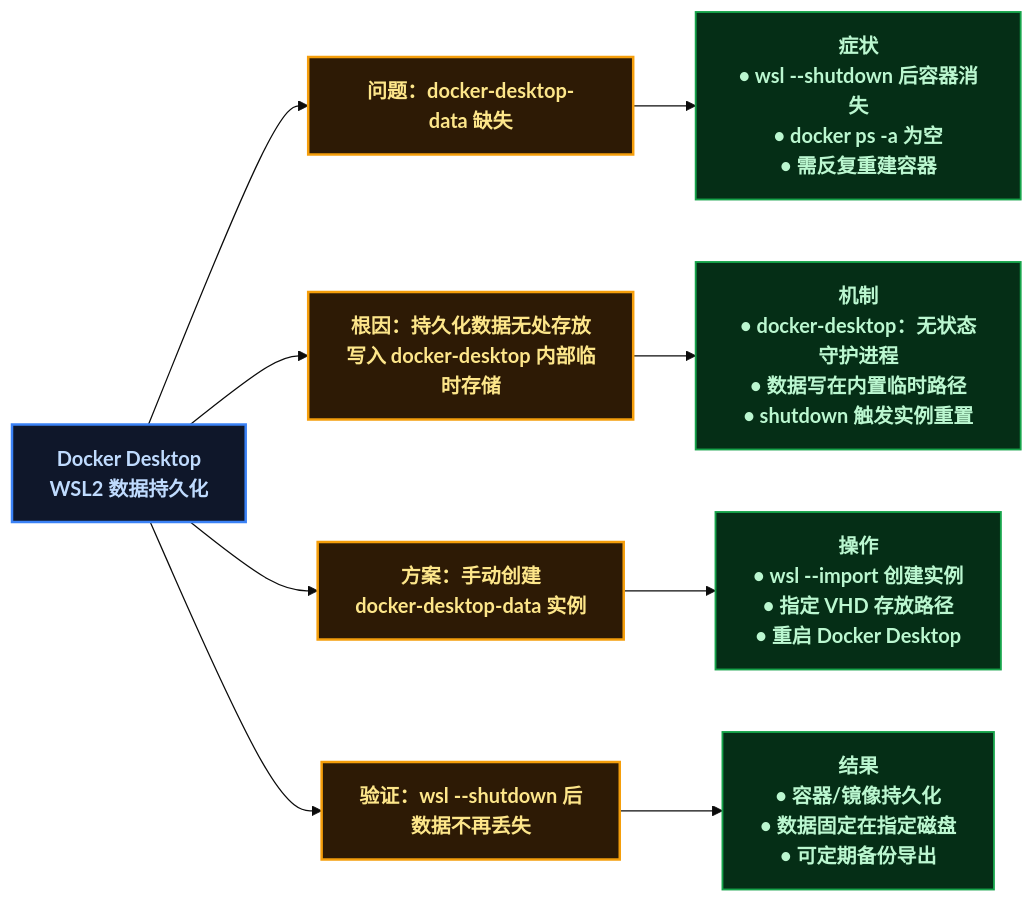
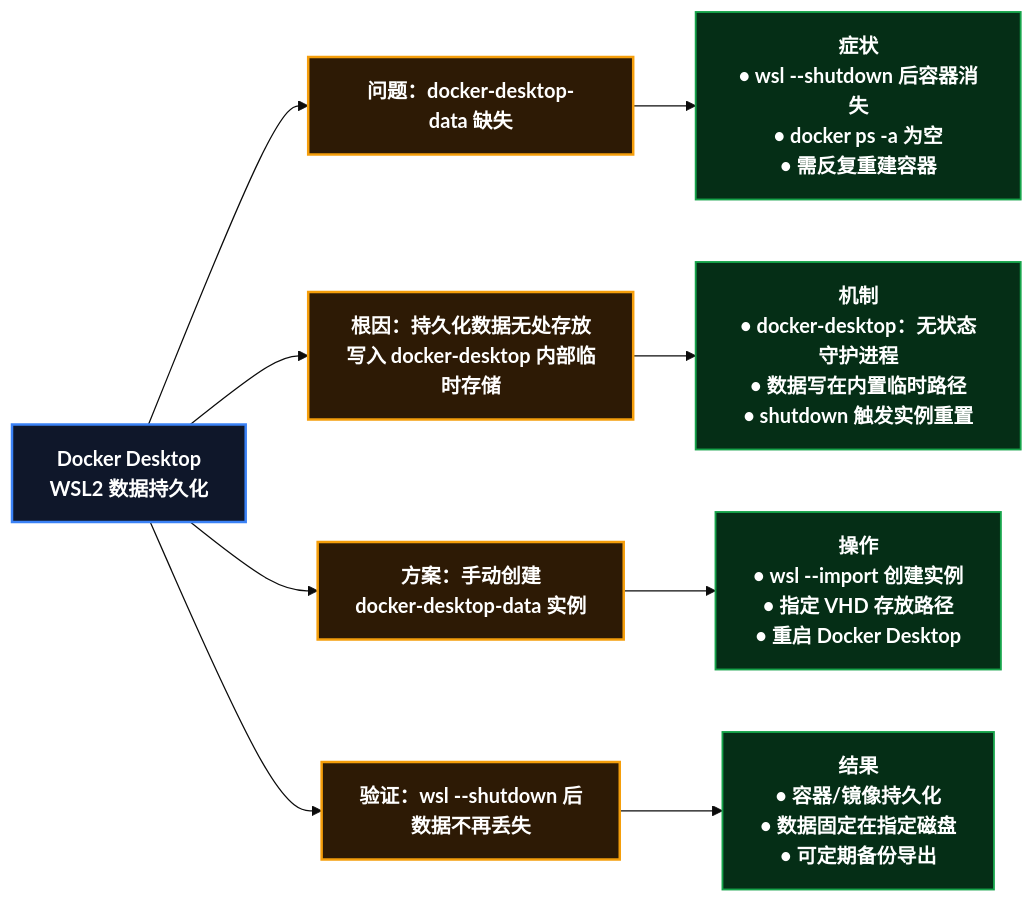
The fifth of 5 diagrams in content/posts/kubernetes/WslDockerDataPersistence.md (yaocat55/yaocat55.github.io), drawn with Mermaid (base theme) before and after one commit. The commit also changed other lines of this file and 27 other files, not shown here.

Commit message:
docs: 全系列 93 张 Mermaid 图 classDef 改为 style 强制深底白字(修复部分渲染器白底浅字)+历史文件格式清理

````diff
--- a/content/posts/kubernetes/WslDockerDataPersistence.md
+++ b/content/posts/kubernetes/WslDockerDataPersistence.md
@@ -446,26 +448,27 @@
 ```mermaid
 flowchart LR
     %% ==========================================
     %% 样式定义
     %% ==========================================
-classDef root fill:#0f172a,stroke:#3b82f6,stroke-width:2px,color:#bfdbfe,font-weight:bold;
-classDef branch fill:#2d1a05,stroke:#f59e0b,stroke-width:2px,color:#fde68a,font-weight:bold;
-classDef leaf fill:#1e1e24,stroke:#6b7280,stroke-width:1.5px,color:#e5e7eb;
-classDef highlight fill:#052e16,stroke:#16a34a,stroke-width:1.5px,color:#bbf7d0,font-weight:bold;
 
     ROOT[Docker Desktop\nWSL2 数据持久化]
 
     ROOT --> PROBLEM["问题：docker-desktop-data 缺失"]
     ROOT --> ROOT_CAUSE["根因：持久化数据无处存放\n写入 docker-desktop 内部临时存储"]
     ROOT --> SOLUTION["方案：手动创建\ndocker-desktop-data 实例"]
     ROOT --> VERIFY["验证：wsl --shutdown 后\n数据不再丢失"]
 
     PROBLEM --> SYMPTOM["症状\n• wsl --shutdown 后容器消失\n• docker ps -a 为空\n• 需反复重建容器"]
     ROOT_CAUSE --> MECHANISM["机制\n• docker-desktop：无状态守护进程\n• 数据写在内置临时路径\n• shutdown 触发实例重置"]
     SOLUTION --> STEPS["操作\n• wsl --import 创建实例\n• 指定 VHD 存放路径\n• 重启 Docker Desktop"]
     VERIFY --> RESULT["结果\n• 容器/镜像持久化\n• 数据固定在指定磁盘\n• 可定期备份导出"]
-
-    class ROOT root;
-    class PROBLEM,ROOT_CAUSE,SOLUTION,VERIFY branch;
-    class SYMPTOM,MECHANISM,STEPS,RESULT highlight;
+    style ROOT fill:#0f172a,stroke:#3b82f6,stroke-width:2px,color:#ffffff,font-weight:bold
+    style PROBLEM fill:#2d1a05,stroke:#f59e0b,stroke-width:2px,color:#ffffff,font-weight:bold
+    style ROOT_CAUSE fill:#2d1a05,stroke:#f59e0b,stroke-width:2px,color:#ffffff,font-weight:bold
+    style SOLUTION fill:#2d1a05,stroke:#f59e0b,stroke-width:2px,color:#ffffff,font-weight:bold
+    style VERIFY fill:#2d1a05,stroke:#f59e0b,stroke-width:2px,color:#ffffff,font-weight:bold
+    style SYMPTOM fill:#052e16,stroke:#16a34a,stroke-width:1.5px,color:#ffffff,font-weight:bold
+    style MECHANISM fill:#052e16,stroke:#16a34a,stroke-width:1.5px,color:#ffffff,font-weight:bold
+    style STEPS fill:#052e16,stroke:#16a34a,stroke-width:1.5px,color:#ffffff,font-weight:bold
+    style RESULT fill:#052e16,stroke:#16a34a,stroke-width:1.5px,color:#ffffff,font-weight:bold
 ```
````
